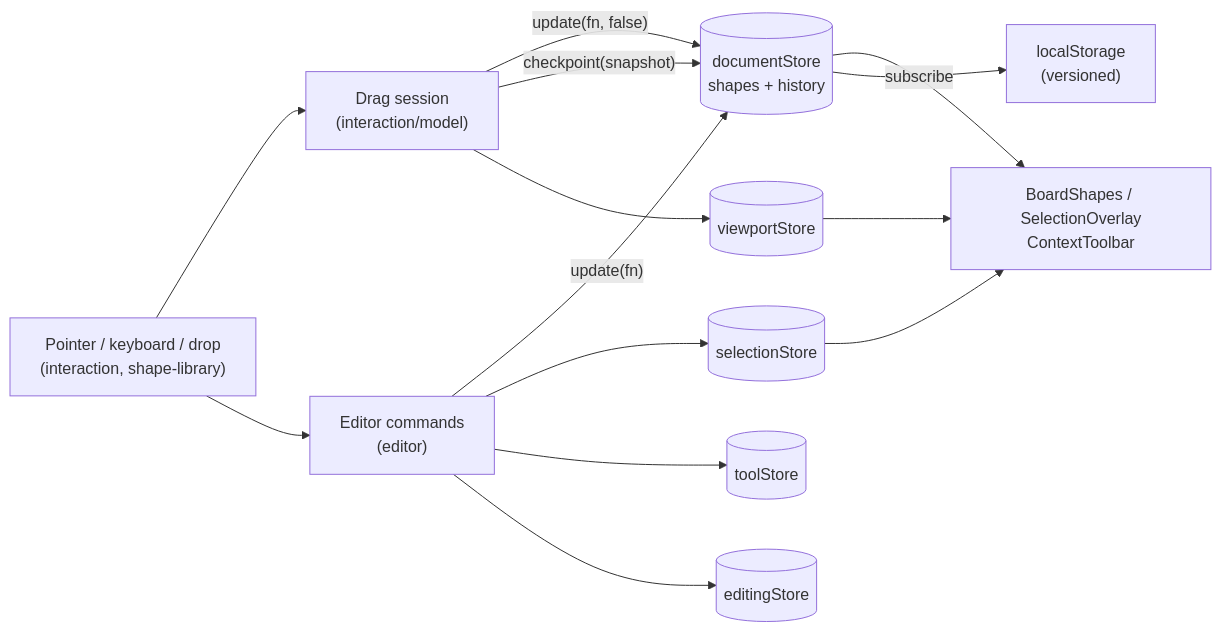
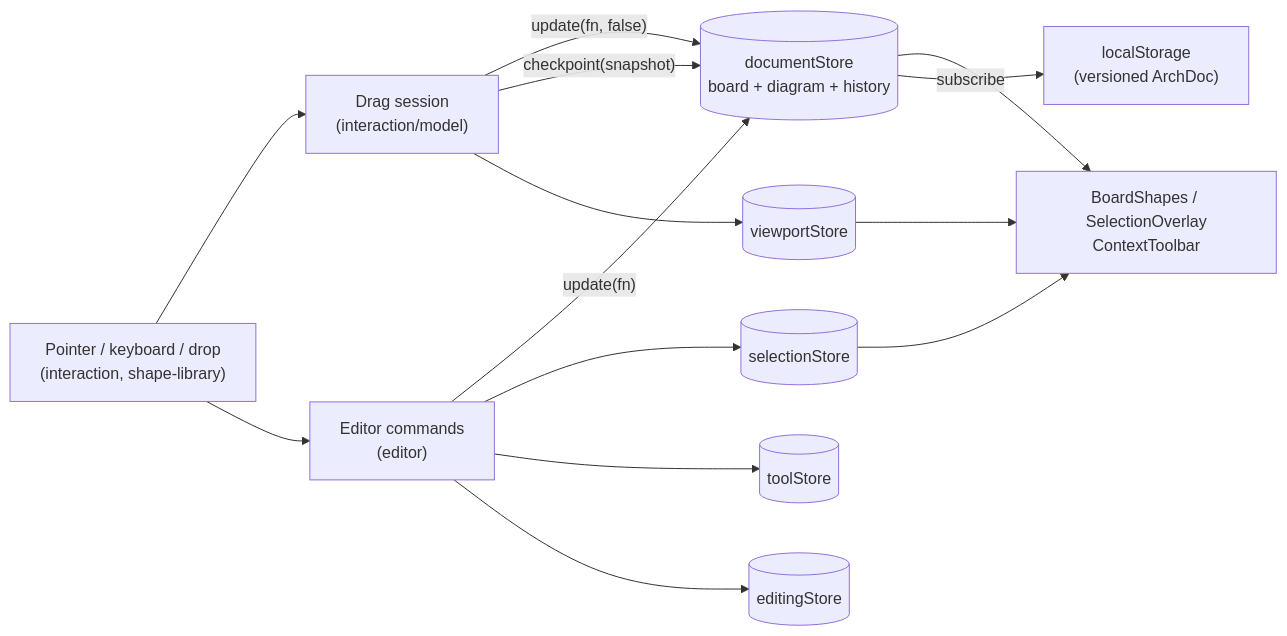
One commit to Kobe-Vandenberghe/Slate changed the second of 2 diagrams in docs/ARCHITECTURE.md. Above: the diagram before and after it, drawn with Mermaid. The commit also changed other lines of this file and 50 other files, not shown here.

Commit message:
feat: diagram model - connections as a separate derived-geometry list, whole-diagram undo (ADR 0009)

````diff
--- a/docs/ARCHITECTURE.md
+++ b/docs/ARCHITECTURE.md
@@ -119,16 +123,16 @@
 ```mermaid
 flowchart LR
   input["Pointer / keyboard / drop<br/>(interaction, shape-library)"] --> session["Drag session<br/>(interaction/model)"]
   input --> commands["Editor commands<br/>(editor)"]
-  session -->|"update(fn, false)"| doc[("documentStore<br/>shapes + history")]
+  session -->|"update(fn, false)"| doc[("documentStore<br/>board + diagram + history")]
   session -->|"checkpoint(snapshot)"| doc
   commands -->|"update(fn)"| doc
   commands --> sel[("selectionStore")]
   commands --> tool[("toolStore")]
   commands --> edit[("editingStore")]
   session --> cam[("viewportStore")]
   doc --> render["BoardShapes / SelectionOverlay<br/>ContextToolbar"]
   sel --> render
   cam --> render
-  doc -->|subscribe| storage["localStorage<br/>(versioned)"]
+  doc -->|subscribe| storage["localStorage<br/>(versioned ArchDoc)"]
 ```
````
